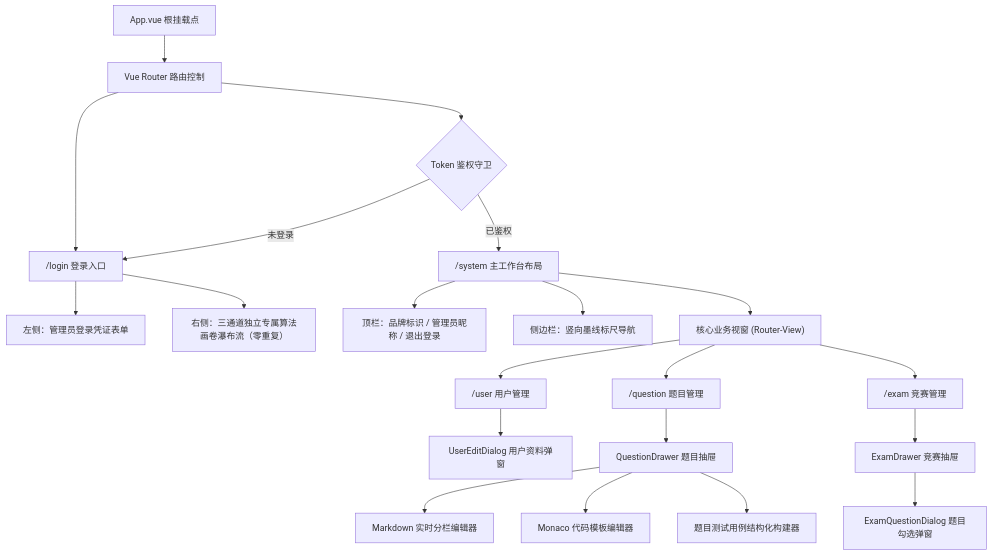
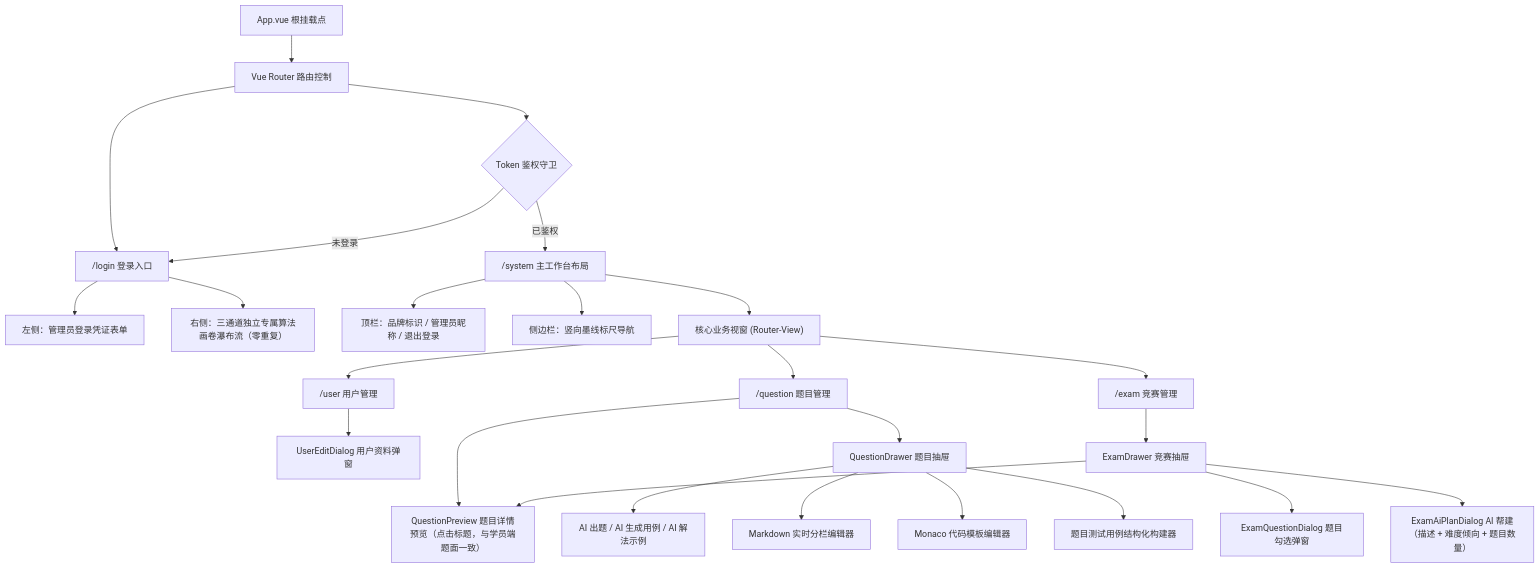
One commit to pluchon/online_oj_vue changed the first of 4 diagrams in oj_fe_b/README.md. Above: the diagram before and after it, drawn with Mermaid. The commit also changed 14 other files, not shown here.

````diff
--- a/oj_fe_b/README.md
+++ b/oj_fe_b/README.md
@@ -9,29 +9,33 @@
 ```mermaid
 flowchart TD
     App["App.vue 根挂载点"] --> Router["Vue Router 路由控制"]
     
     Router --> Login["/login 登录入口"]
     Login --> Form["左侧：管理员登录凭证表单"]
     Login --> Masonry["右侧：三通道独立专属算法画卷瀑布流（零重复）"]
 
     Router --> AuthGuard{"Token 鉴权守卫"}
     AuthGuard --"未登录"--> Login
     AuthGuard --"已鉴权"--> Layout["/system 主工作台布局"]
 
     Layout --> Header["顶栏：品牌标识 / 管理员昵称 / 退出登录"]
     Layout --> Sidebar["侧边栏：竖向墨线标尺导航"]
     Layout --> Workspace["核心业务视窗 (Router-View)"]
 
     Workspace --> UserView["/user 用户管理"]
     UserView --> UserDialog["UserEditDialog 用户资料弹窗"]
     
     Workspace --> QuestionView["/question 题目管理"]
+    QuestionView --> QuestionPreview["QuestionPreview 题目详情预览（点击标题，与学员端题面一致）"]
     QuestionView --> QuestionDrawer["QuestionDrawer 题目抽屉"]
+    QuestionDrawer --> AiDraft["AI 出题 / AI 生成用例 / AI 解法示例"]
     QuestionDrawer --> MdEditor["Markdown 实时分栏编辑器"]
     QuestionDrawer --> MonacoEditor["Monaco 代码模板编辑器"]
     QuestionDrawer --> CaseBuilder["题目测试用例结构化构建器"]
 
     Workspace --> ExamView["/exam 竞赛管理"]
     ExamView --> ExamDrawer["ExamDrawer 竞赛抽屉"]
     ExamDrawer --> ExamQDialog["ExamQuestionDialog 题目勾选弹窗"]
+    ExamDrawer --> ExamAiPlan["ExamAiPlanDialog AI 帮建（描述 + 难度倾向 + 题目数量）"]
+    ExamDrawer --> QuestionPreview
 ```
````
